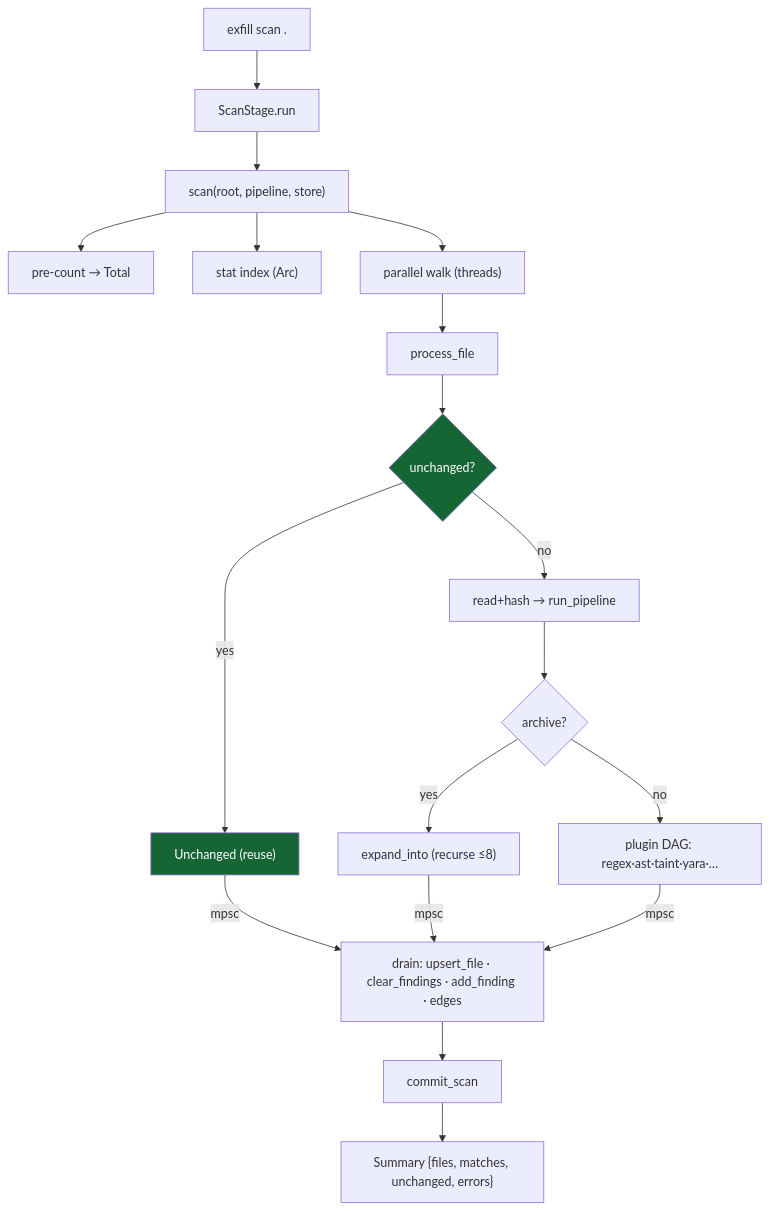
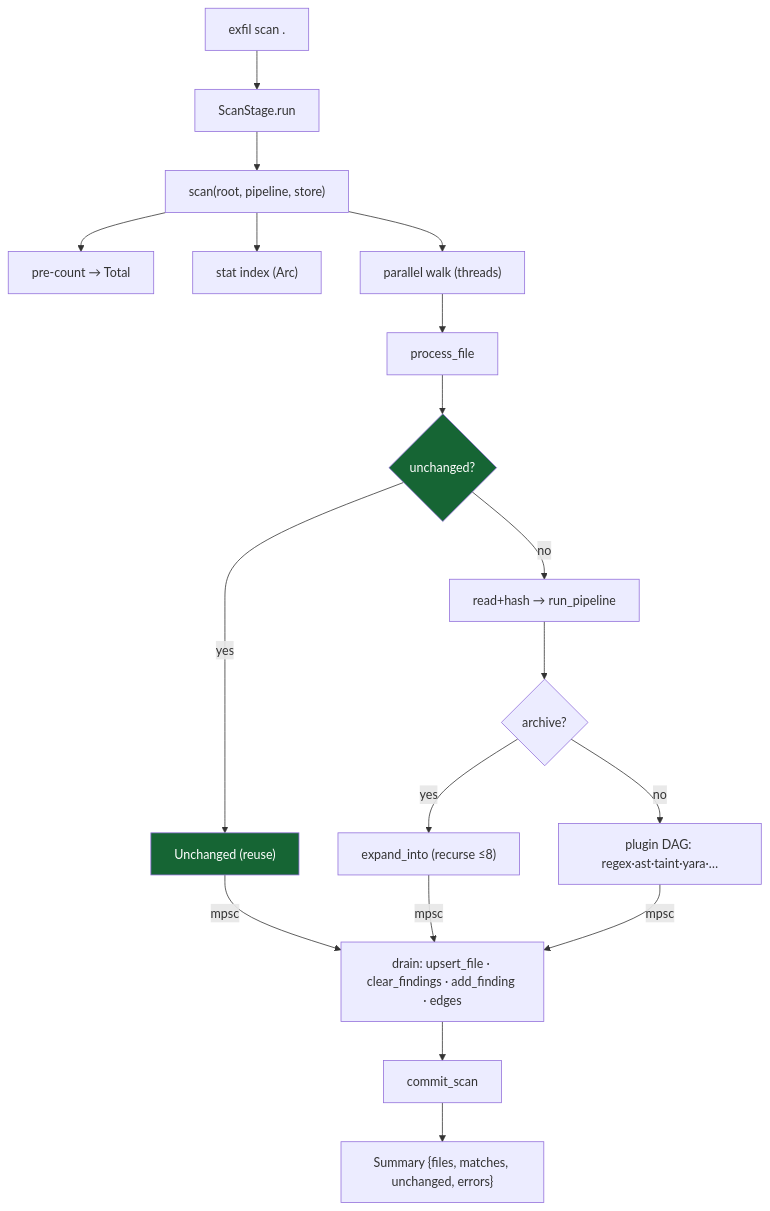
One commit to rangertaha/exfil changed diagram 12 of 12 in docs/architecture/engine.md. Above: the diagram before and after it, drawn with Mermaid. The commit also changed other lines of this file and 129 other files, not shown here.

First line of the commit message:
Rename the tool: exfill -> exfil

````diff
--- a/docs/architecture/engine.md
+++ b/docs/architecture/engine.md
@@ -492,21 +492,21 @@
 ```mermaid
 flowchart TD
-    CLI["exfill scan ."] --> STAGE["ScanStage.run"]
+    CLI["exfil scan ."] --> STAGE["ScanStage.run"]
     STAGE --> SCAN["scan(root, pipeline, store)"]
     SCAN --> COUNT["pre-count → Total"]
     SCAN --> IDX["stat index (Arc)"]
     SCAN --> WALK["parallel walk (threads)"]
     WALK --> PF["process_file"]
     PF --> FAST{"unchanged?"}
     FAST -->|yes| U["Unchanged (reuse)"]
     FAST -->|no| RP["read+hash → run_pipeline"]
     RP --> ARCHQ{"archive?"}
     ARCHQ -->|yes| EXP["expand_into (recurse ≤8)"]
     ARCHQ -->|no| DAG["plugin DAG: regex·ast·taint·yara·…"]
     U & EXP & DAG -->|mpsc| DRAIN["drain: upsert_file · clear_findings · add_finding · edges"]
     DRAIN --> COMMIT["commit_scan"]
     COMMIT --> SUM["Summary {files, matches, unchanged, errors}"]
 
     classDef hot fill:#166534,color:#fff
     class FAST,U hot
 ```
````
